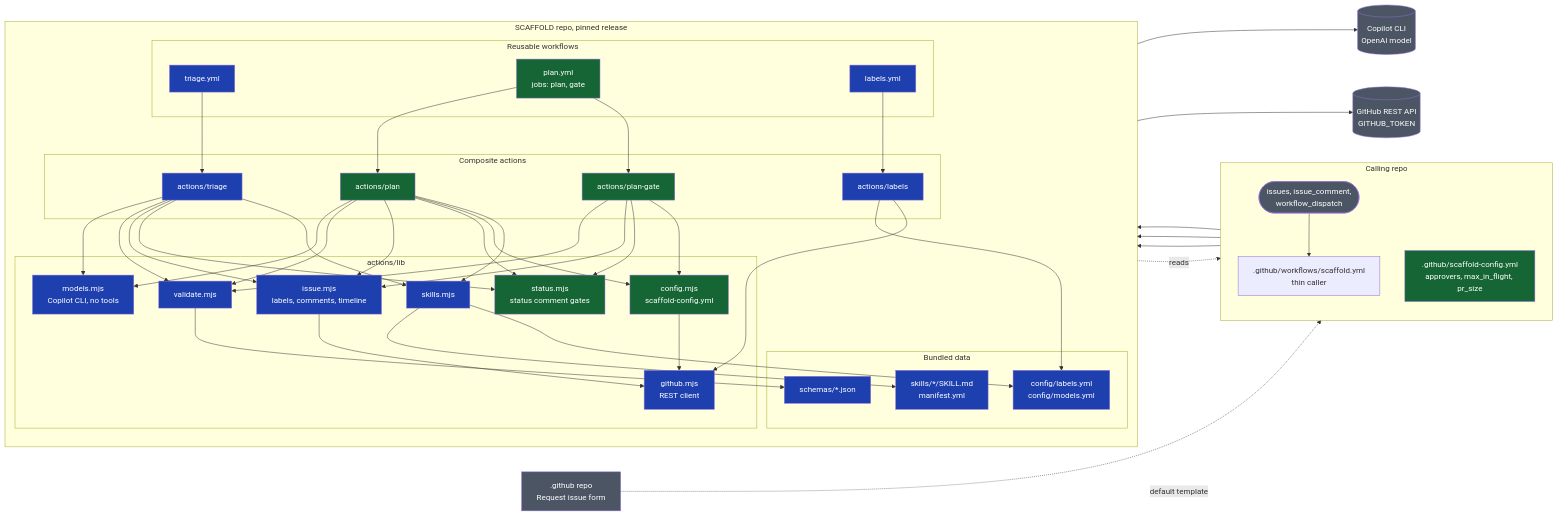
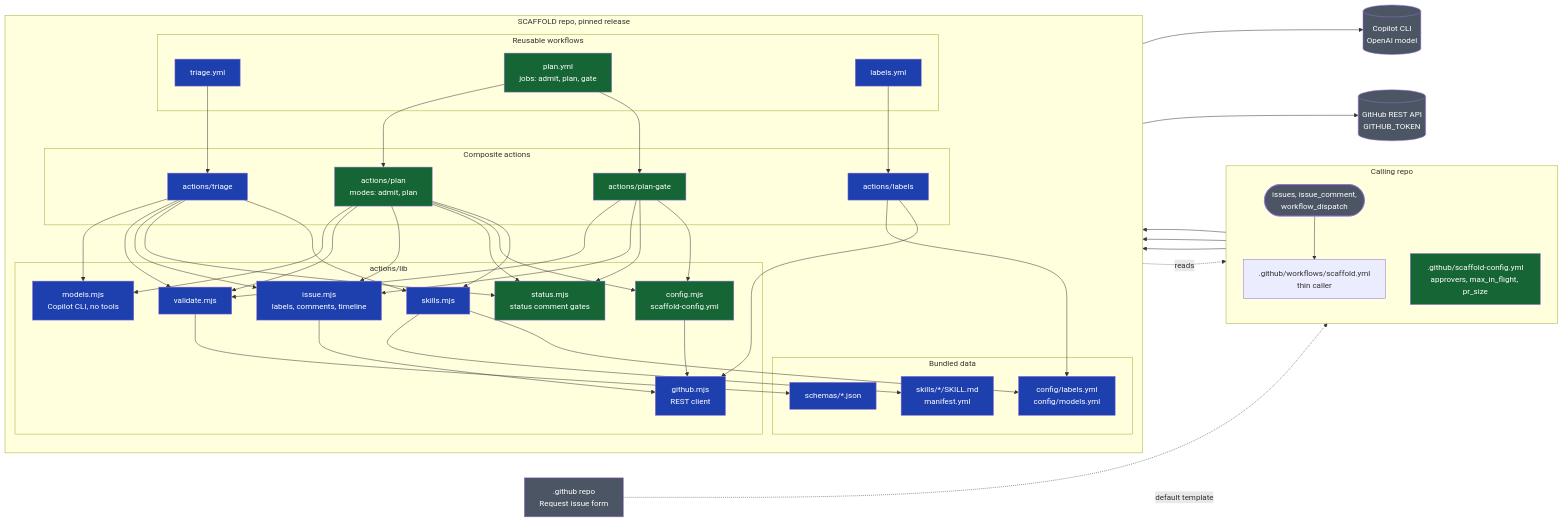
The diagram in docs/diagrams/architecture.md (JackWP1/scaffold), drawn with Mermaid before and after one commit. The commit also changed other lines of this file and 14 other files, not shown here.

````diff
--- a/docs/diagrams/architecture.md
+++ b/docs/diagrams/architecture.md
@@ -11,75 +11,75 @@
 ```mermaid
 flowchart LR
   subgraph caller[Calling repo]
     direction TB
     events([issues, issue_comment,<br/>workflow_dispatch])
     callerwf[".github/workflows/scaffold.yml<br/>thin caller"]
     cfg[".github/scaffold-config.yml<br/>approvers, max_in_flight, pr_size"]
     events --> callerwf
   end
 
   form[".github repo<br/>Request issue form"] -. default template .-> events
 
   subgraph scaffold[SCAFFOLD repo, pinned release]
     direction TB
     subgraph wf[Reusable workflows]
       triagewf[triage.yml]
-      planwf[plan.yml<br/>jobs: plan, gate]
+      planwf[plan.yml<br/>jobs: admit, plan, gate]
       labelswf[labels.yml]
     end
     subgraph actions[Composite actions]
       triage[actions/triage]
-      plan[actions/plan]
+      plan[actions/plan<br/>modes: admit, plan]
       gate[actions/plan-gate]
       labels[actions/labels]
     end
     subgraph lib[actions/lib]
       gh[github.mjs<br/>REST client]
       models[models.mjs<br/>Copilot CLI, no tools]
       validate[validate.mjs]
       issue[issue.mjs<br/>labels, comments, timeline]
       status[status.mjs<br/>status comment gates]
       config[config.mjs<br/>scaffold-config.yml]
       skills[skills.mjs]
     end
     subgraph data[Bundled data]
       skillmd[skills/*/SKILL.md<br/>manifest.yml]
       schemas[schemas/*.json]
       cfgfiles[config/labels.yml<br/>config/models.yml]
     end
     triagewf --> triage
     planwf --> plan
     planwf --> gate
     labelswf --> labels
   end
 
   callerwf --> triagewf
   callerwf --> planwf
   callerwf --> labelswf
 
   triage --> models
   plan --> models
   triage & plan & gate --> validate
   triage & plan & gate --> issue
   triage & plan & gate --> status
   plan & gate --> config
   triage & plan --> skills
   skills --> skillmd
   skills --> cfgfiles
   validate --> schemas
   labels --> cfgfiles
   issue --> gh
   config --> gh
   labels --> gh
 
   config -. reads .-> cfg
   models --> copilot[(Copilot CLI<br/>OpenAI model)]
   gh --> api[(GitHub REST API<br/>GITHUB_TOKEN)]
 
   classDef ext fill:#4b5563,color:#fff
   classDef s1 fill:#1e40af,color:#fff
   classDef s2 fill:#166534,color:#fff
   class copilot,api,form,events ext
   class triagewf,triage,labelswf,labels,models,validate,issue,skills,skillmd,schemas,cfgfiles,gh s1
   class planwf,plan,gate,status,config,cfg s2
 ```
````
